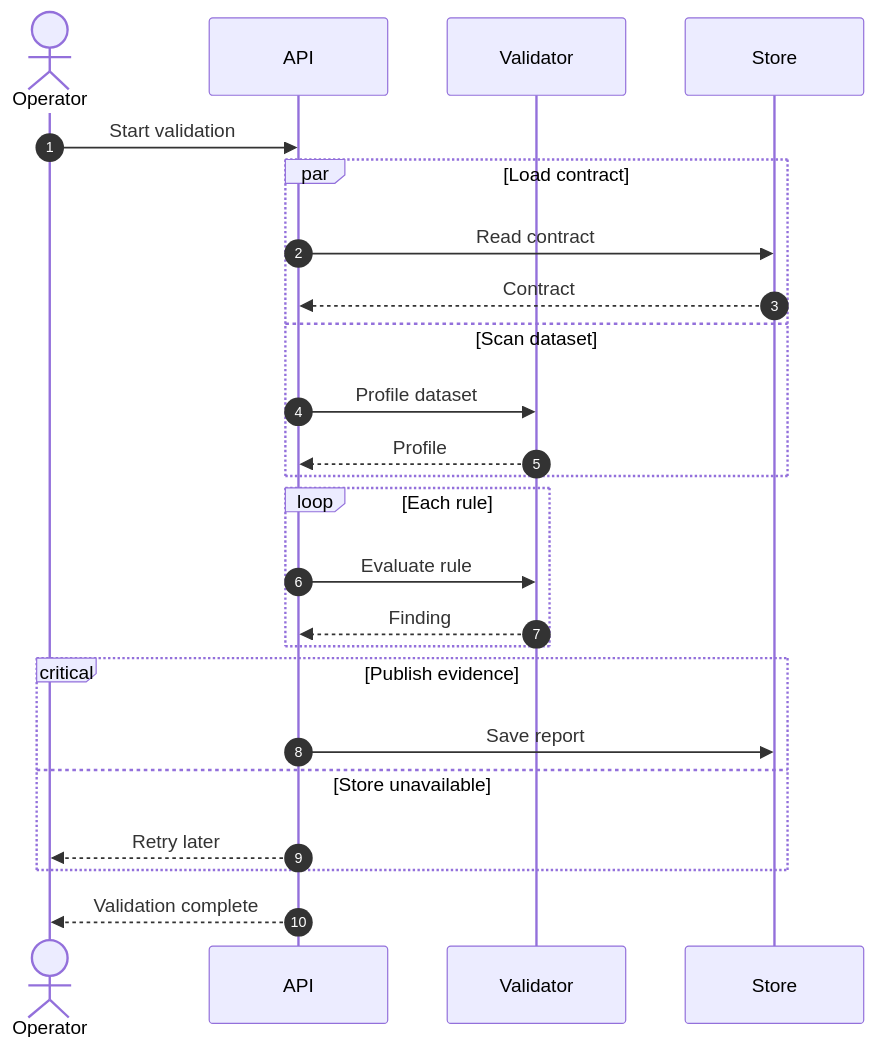
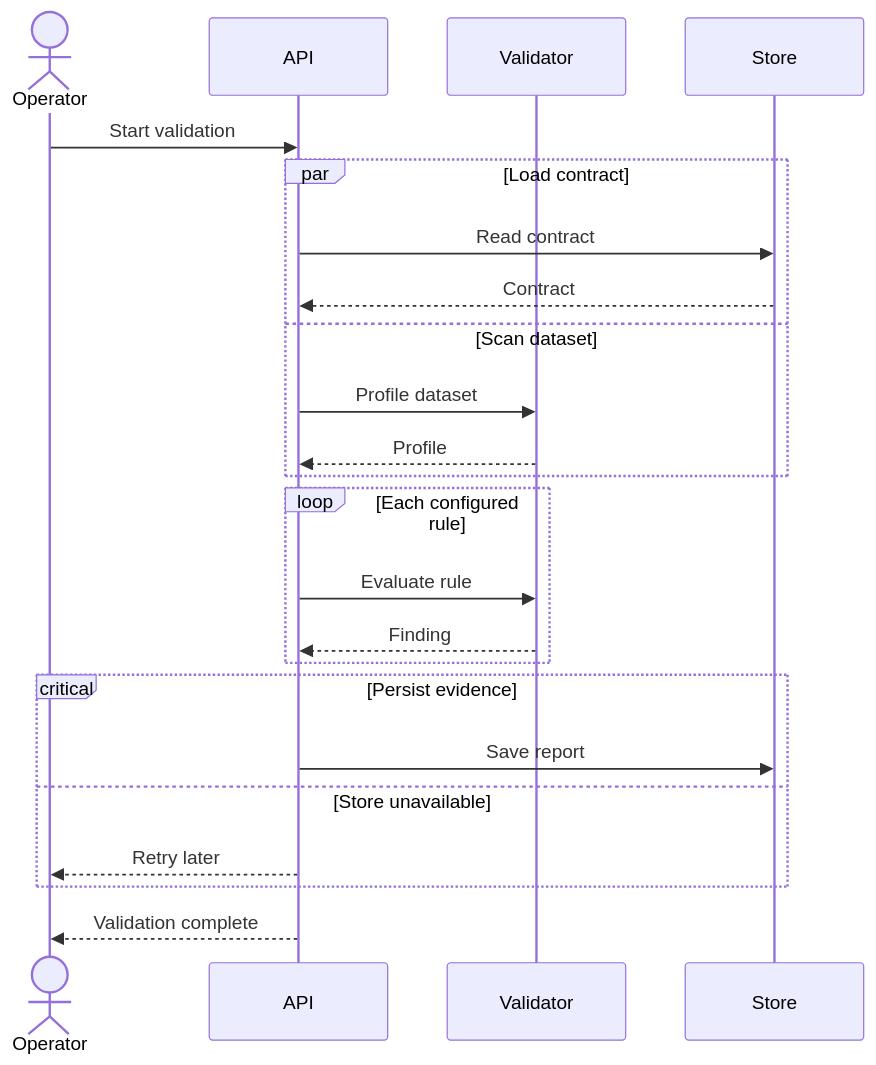
The second of 4 diagrams in src/rulesync/.rulesync/skills/mols-mermaid-diagram/references/examples/sequence-diagram.md (mols3131d/mols-agent-assets), drawn with Mermaid before and after one commit. The commit also changed other lines of this file, not shown here.

Commit message:
docs(mermaid): deepen sequence example guidance

````diff
--- a/src/rulesync/.rulesync/skills/mols-mermaid-diagram/references/examples/sequence-diagram.md
+++ b/src/rulesync/.rulesync/skills/mols-mermaid-diagram/references/examples/sequence-diagram.md
@@ -19,29 +45,29 @@
 ```mermaid
 sequenceDiagram
-    autonumber
     actor Operator
     participant API
     participant Validator
     participant Store
 
     Operator->>API: Start validation
     par Load contract
         API->>Store: Read contract
         Store-->>API: Contract
     and Scan dataset
         API->>Validator: Profile dataset
         Validator-->>API: Profile
     end
 
-    loop Each rule
+    loop Each configured rule
         API->>Validator: Evaluate rule
         Validator-->>API: Finding
     end
 
-    critical Publish evidence
+    critical Persist evidence
         API->>Store: Save report
     option Store unavailable
         API-->>Operator: Retry later
     end
+
     API-->>Operator: Validation complete
 ```
````
